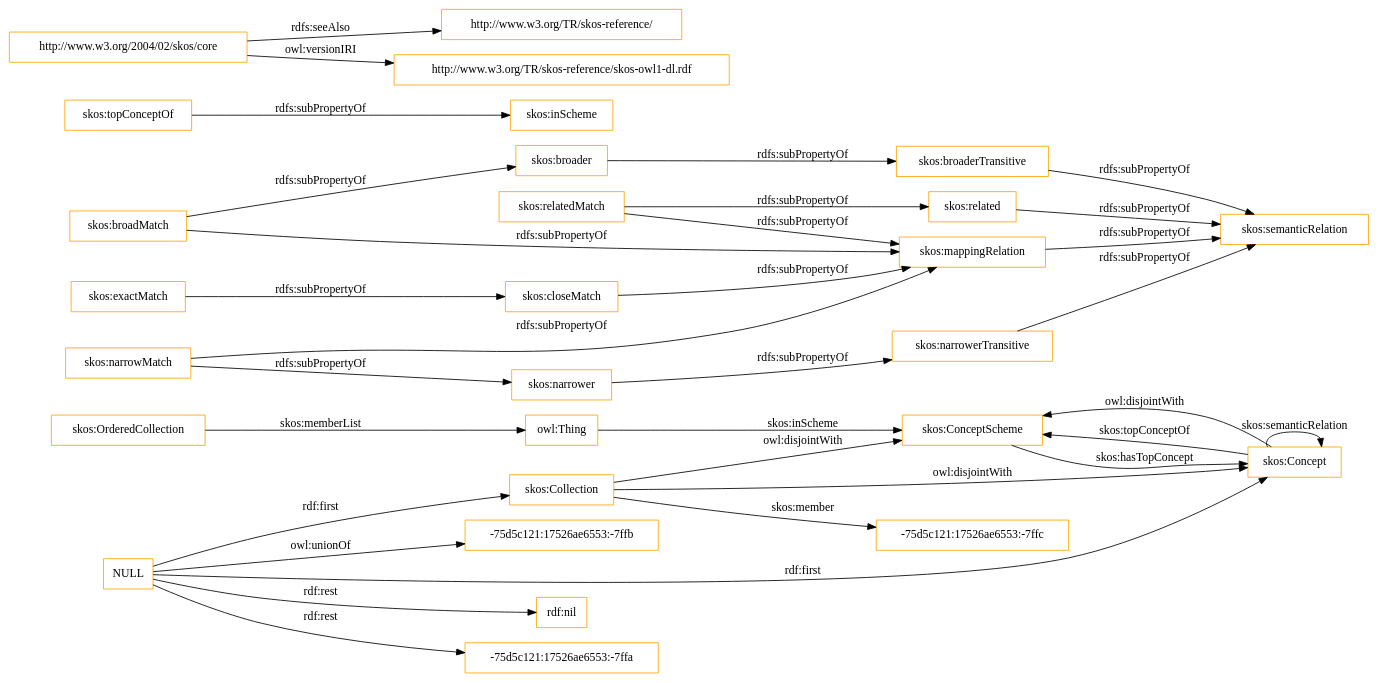
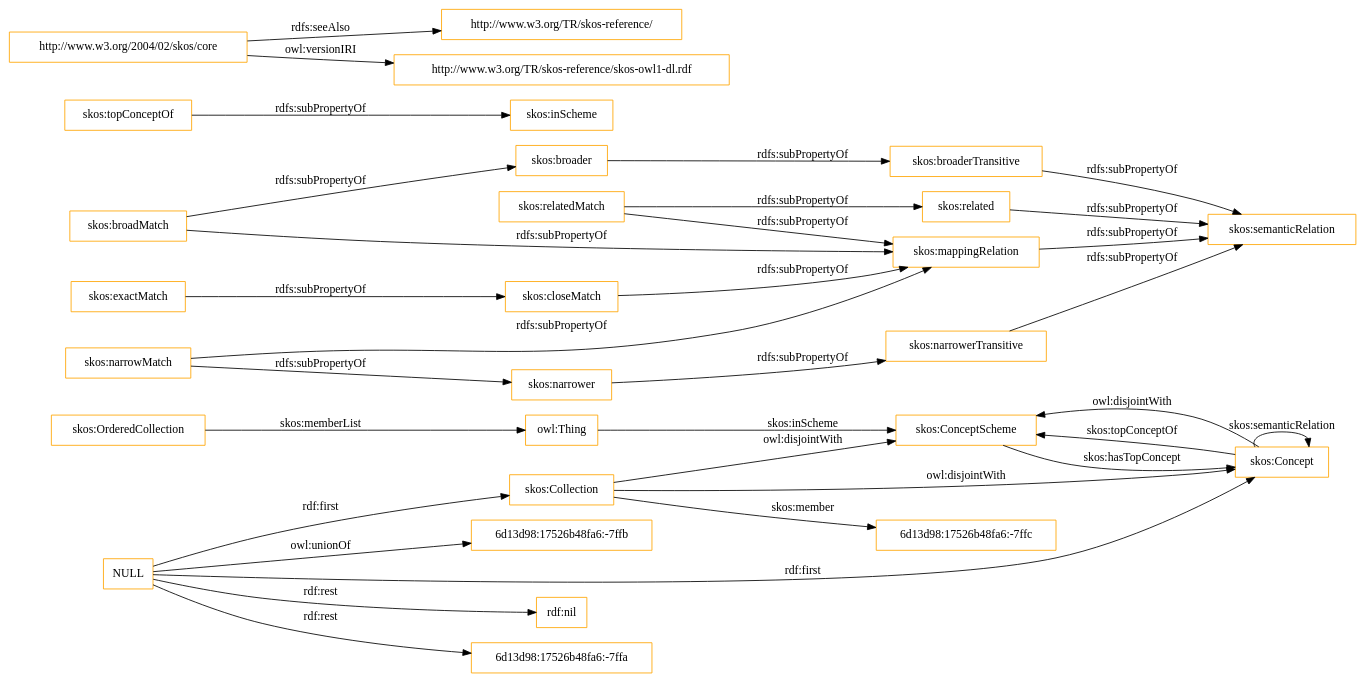
The diagram in OnToology/imports/skos.owl/diagrams/ar2dtool-class/skos.owl.png.dot (OnToologyUser/core-ontology-1), drawn with Graphviz before and after one commit. The commit also changed 14 other files, not shown here.

```diff
--- a/OnToology/imports/skos.owl/diagrams/ar2dtool-class/skos.owl.png.dot
+++ b/OnToology/imports/skos.owl/diagrams/ar2dtool-class/skos.owl.png.dot
@@ -1,37 +1,37 @@
 digraph ar2dtool_diagram { 
 rankdir=LR;
 size="1501"
-node [shape = rectangle, color="orange"]; "skos:OrderedCollection" "skos:ConceptScheme" "skos:Concept" "skos:Collection" "-75d5c121:17526ae6553:-7ffc" ; /*classes style*/
+node [shape = rectangle, color="orange"]; "skos:OrderedCollection" "skos:ConceptScheme" "skos:Concept" "skos:Collection" "6d13d98:17526b48fa6:-7ffc" ; /*classes style*/
 	"skos:narrowerTransitive" -> "skos:semanticRelation" [ label = "rdfs:subPropertyOf" ];
 	"NULL" -> "rdf:nil" [ label = "rdf:rest" ];
 	"NULL" -> "skos:Concept" [ label = "rdf:first" ];
-	"NULL" -> "-75d5c121:17526ae6553:-7ffa" [ label = "rdf:rest" ];
+	"NULL" -> "6d13d98:17526b48fa6:-7ffa" [ label = "rdf:rest" ];
 	"NULL" -> "skos:Collection" [ label = "rdf:first" ];
-	"NULL" -> "-75d5c121:17526ae6553:-7ffb" [ label = "owl:unionOf" ];
+	"NULL" -> "6d13d98:17526b48fa6:-7ffb" [ label = "owl:unionOf" ];
 	"skos:closeMatch" -> "skos:mappingRelation" [ label = "rdfs:subPropertyOf" ];
 	"skos:Concept" -> "skos:ConceptScheme" [ label = "owl:disjointWith" ];
 	"skos:relatedMatch" -> "skos:related" [ label = "rdfs:subPropertyOf" ];
 	"skos:relatedMatch" -> "skos:mappingRelation" [ label = "rdfs:subPropertyOf" ];
 	"skos:related" -> "skos:semanticRelation" [ label = "rdfs:subPropertyOf" ];
 	"skos:topConceptOf" -> "skos:inScheme" [ label = "rdfs:subPropertyOf" ];
 	"skos:broadMatch" -> "skos:mappingRelation" [ label = "rdfs:subPropertyOf" ];
 	"skos:broadMatch" -> "skos:broader" [ label = "rdfs:subPropertyOf" ];
 	"skos:exactMatch" -> "skos:closeMatch" [ label = "rdfs:subPropertyOf" ];
 	"skos:broaderTransitive" -> "skos:semanticRelation" [ label = "rdfs:subPropertyOf" ];
 	"skos:broader" -> "skos:broaderTransitive" [ label = "rdfs:subPropertyOf" ];
 	"skos:mappingRelation" -> "skos:semanticRelation" [ label = "rdfs:subPropertyOf" ];
 	"http://www.w3.org/2004/02/skos/core" -> "http://www.w3.org/TR/skos-reference/" [ label = "rdfs:seeAlso" ];
 	"http://www.w3.org/2004/02/skos/core" -> "http://www.w3.org/TR/skos-reference/skos-owl1-dl.rdf" [ label = "owl:versionIRI" ];
 	"skos:Collection" -> "skos:ConceptScheme" [ label = "owl:disjointWith" ];
 	"skos:Collection" -> "skos:Concept" [ label = "owl:disjointWith" ];
 	"skos:narrower" -> "skos:narrowerTransitive" [ label = "rdfs:subPropertyOf" ];
 	"skos:narrowMatch" -> "skos:narrower" [ label = "rdfs:subPropertyOf" ];
 	"skos:narrowMatch" -> "skos:mappingRelation" [ label = "rdfs:subPropertyOf" ];
 	"skos:OrderedCollection" -> "owl:Thing" [ label = "skos:memberList" ];
 	"skos:Concept" -> "skos:ConceptScheme" [ label = "skos:topConceptOf" ];
 	"skos:Concept" -> "skos:Concept" [ label = "skos:semanticRelation" ];
-	"skos:Collection" -> "-75d5c121:17526ae6553:-7ffc" [ label = "skos:member" ];
+	"skos:Collection" -> "6d13d98:17526b48fa6:-7ffc" [ label = "skos:member" ];
 	"skos:ConceptScheme" -> "skos:Concept" [ label = "skos:hasTopConcept" ];
 	"owl:Thing" -> "skos:ConceptScheme" [ label = "skos:inScheme" ];
 
 }
```
